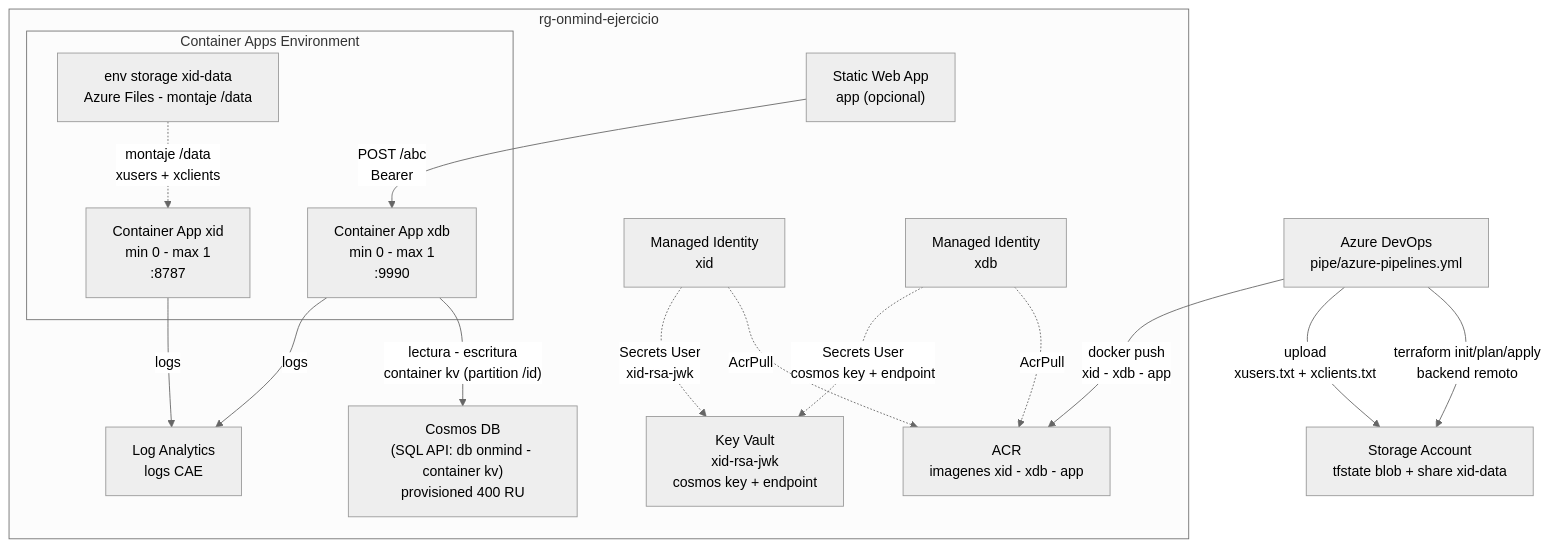
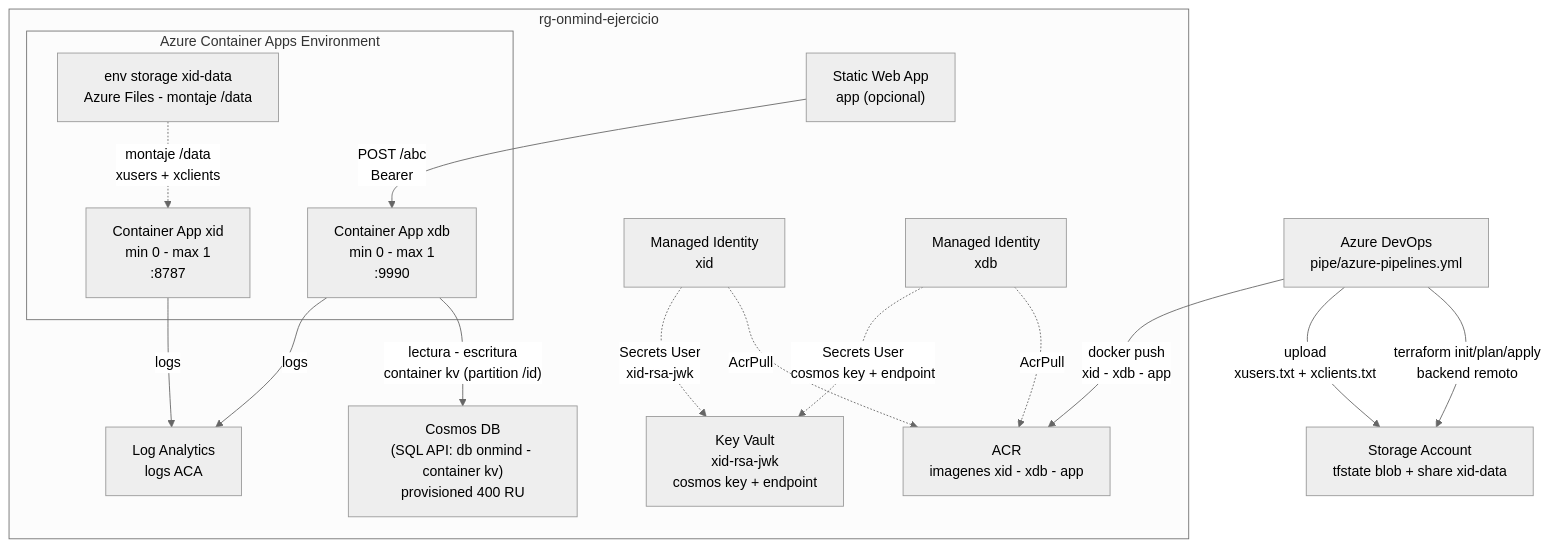
One commit to kaesar/cicddemoaz changed the second of 2 diagrams in docs/arquitectura.md. Above: the diagram before and after it, drawn with Mermaid (neutral theme). The commit also changed other lines of this file and 20 other files, not shown here.

````diff
--- a/docs/arquitectura.md
+++ b/docs/arquitectura.md
@@ -75,34 +75,34 @@
 ```mermaid
 flowchart TB
   DEV["Azure DevOps<br/>pipe/azure-pipelines.yml"]
   TFST["Storage Account<br/>tfstate blob + share xid-data"]
 
   DEV -->|"terraform init/plan/apply<br/>backend remoto"| TFST
   DEV -->|"docker push<br/>xid - xdb - app"| ACR
   DEV -->|"upload<br/>xusers.txt + xclients.txt"| TFST
 
   subgraph RG["rg-onmind-ejercicio"]
     ACR["ACR<br/>imagenes xid - xdb - app"]
-    LAW["Log Analytics<br/>logs CAE"]
+    LAW["Log Analytics<br/>logs ACA"]
     KV["Key Vault<br/>xid-rsa-jwk<br/>cosmos key + endpoint"]
     COSMOS["Cosmos DB<br/>(SQL API: db onmind - container kv)<br/>provisioned 400 RU"]
     SWA["Static Web App<br/>app (opcional)"]
     MIDX["Managed Identity<br/>xid"]
     MIDB["Managed Identity<br/>xdb"]
-    subgraph CAE["Container Apps Environment"]
+    subgraph ACA["Azure Container Apps Environment"]
       ENVST["env storage xid-data<br/>Azure Files - montaje /data"]
       XID["Container App xid<br/>min 0 - max 1<br/>:8787"]
       XDB["Container App xdb<br/>min 0 - max 1<br/>:9990"]
     end
   end
 
   ENVST -.->|"montaje /data<br/>xusers + xclients"| XID
   MIDX -.->|"AcrPull"| ACR
   MIDB -.->|"AcrPull"| ACR
   MIDX -.->|"Secrets User<br/>xid-rsa-jwk"| KV
   MIDB -.->|"Secrets User<br/>cosmos key + endpoint"| KV
   XDB -->|"lectura - escritura<br/>container kv (partition /id)"| COSMOS
   XID -->|"logs"| LAW
   XDB -->|"logs"| LAW
   SWA -->|"POST /abc<br/>Bearer"| XDB
 ```
````
